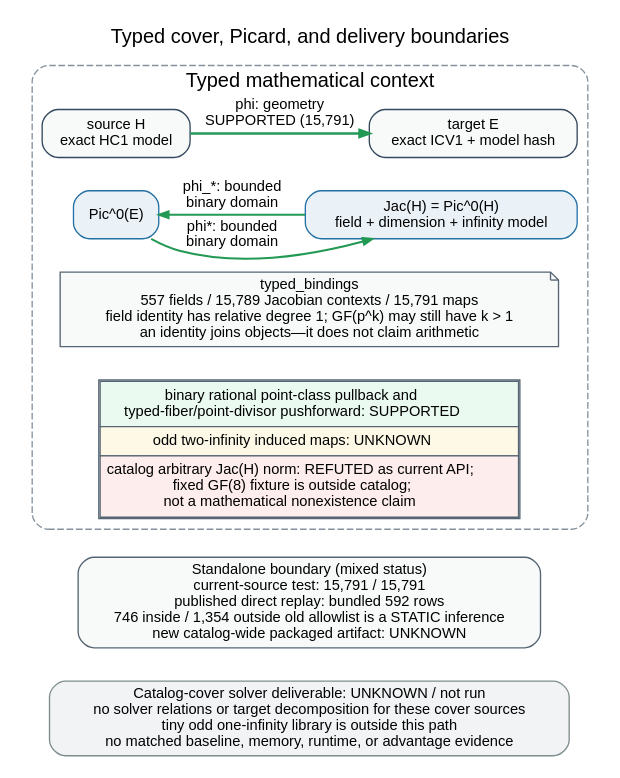
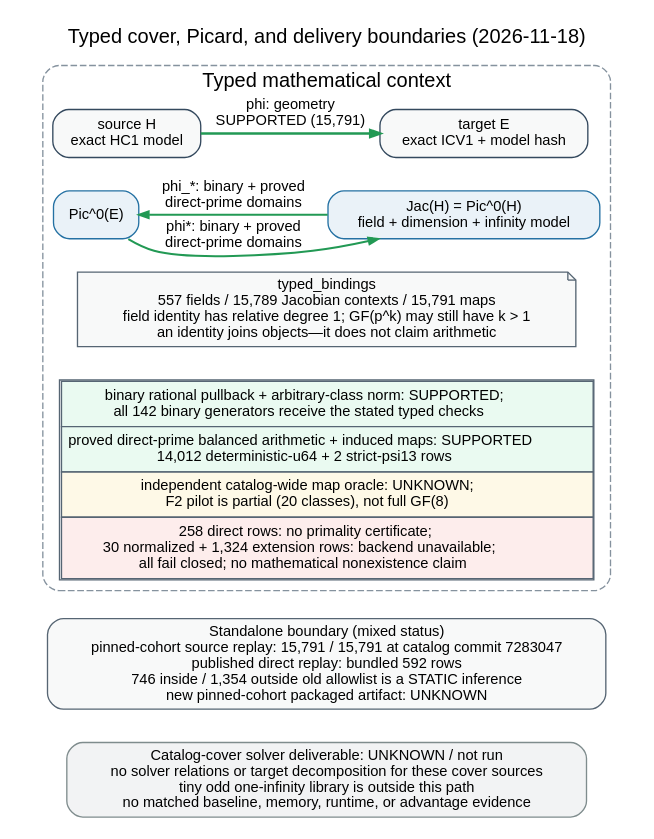
The diagram in research/cover_transfer_assessment_20261013/typed_transfer_context.dot (isogeny-labs/crypto), drawn with Graphviz before and after one commit. The commit also changed 25 other files, not shown here.

```diff
--- a/research/cover_transfer_assessment_20261013/typed_transfer_context.dot
+++ b/research/cover_transfer_assessment_20261013/typed_transfer_context.dot
@@ -1,69 +1,70 @@
 digraph typed_transfer_context {
   graph [
     rankdir=TB,
     bgcolor="white",
     pad="0.12",
     nodesep="0.25",
     ranksep="0.34",
     fontname="Helvetica",
     fontsize=15,
     newrank=true,
     labelloc="t",
-    label="Typed cover, Picard, and delivery boundaries"
+    label="Typed cover, Picard, and delivery boundaries (2026-11-18)"
   ];
   node [shape=box, style="rounded,filled", fillcolor="white", color="#34495e", fontname="Helvetica", fontsize=11];
   edge [fontname="Helvetica", fontsize=11, color="#34495e", arrowsize=0.72];
 
   subgraph cluster_context {
     label="Typed mathematical context";
     color="#85929e";
     style="rounded,dashed";
 
     source_h [label="source H\nexact HC1 model", fillcolor="#f8f9f9"];
     target_e [label="target E\nexact ICV1 + model hash", fillcolor="#f8f9f9"];
     pic_e [label="Pic^0(E)", fillcolor="#eaf2f8", color="#2471a3"];
     jac_h [label="Jac(H) = Pic^0(H)\nfield + dimension + infinity model", fillcolor="#eaf2f8", color="#2471a3"];
 
     binding_note [
       label="typed_bindings\n557 fields / 15,789 Jacobian contexts / 15,791 maps\nfield identity has relative degree 1; GF(p^k) may still have k > 1\nan identity joins objects—it does not claim arithmetic",
       shape=note,
       fillcolor="#f8f9f9",
       color="#566573"
     ];
     transfer_limits [
       shape=plain,
       label=<
         <TABLE BORDER="1" CELLBORDER="1" CELLSPACING="0" CELLPADDING="4" COLOR="#566573">
-          <TR><TD BGCOLOR="#eafaf1">binary rational point-class pullback and<BR/>typed-fiber/point-divisor pushforward: SUPPORTED</TD></TR>
-          <TR><TD BGCOLOR="#fef9e7">odd two-infinity induced maps: UNKNOWN</TD></TR>
-          <TR><TD BGCOLOR="#fdedec">catalog arbitrary Jac(H) norm: REFUTED as current API;<BR/>fixed GF(8) fixture is outside catalog;<BR/>not a mathematical nonexistence claim</TD></TR>
+          <TR><TD BGCOLOR="#eafaf1">binary rational pullback + arbitrary-class norm: SUPPORTED;<BR/>all 142 binary generators receive the stated typed checks</TD></TR>
+          <TR><TD BGCOLOR="#eafaf1">proved direct-prime balanced arithmetic + induced maps: SUPPORTED<BR/>14,012 deterministic-u64 + 2 strict-psi13 rows</TD></TR>
+          <TR><TD BGCOLOR="#fef9e7">independent catalog-wide map oracle: UNKNOWN;<BR/>F2 pilot is partial (20 classes), not full GF(8)</TD></TR>
+          <TR><TD BGCOLOR="#fdedec">258 direct rows: no primality certificate;<BR/>30 normalized + 1,324 extension rows: backend unavailable;<BR/>all fail closed; no mathematical nonexistence claim</TD></TR>
         </TABLE>
       >
     ];
 
     { rank=same; source_h; target_e; }
     { rank=same; pic_e; jac_h; }
     source_h -> target_e [label="phi: geometry\nSUPPORTED (15,791)", color="#229954", penwidth=2];
-    pic_e -> jac_h [label="phi*: bounded\nbinary domain", color="#229954", penwidth=1.5];
-    jac_h -> pic_e [label="phi_*: bounded\nbinary domain", color="#229954", penwidth=1.5, constraint=false];
+    pic_e -> jac_h [label="phi*: binary + proved\ndirect-prime domains", color="#229954", penwidth=1.5];
+    jac_h -> pic_e [label="phi_*: binary + proved\ndirect-prime domains", color="#229954", penwidth=1.5, constraint=false];
     source_h -> pic_e [style="invis", weight=50];
     target_e -> jac_h [style="invis", weight=50];
     pic_e -> binding_note [style="invis", weight=40];
     jac_h -> binding_note [style="invis", weight=40];
     binding_note -> transfer_limits [style="invis", weight=40];
   }
 
   package [
-    label="Standalone boundary (mixed status)\ncurrent-source test: 15,791 / 15,791\npublished direct replay: bundled 592 rows\n746 inside / 1,354 outside old allowlist is a STATIC inference\nnew catalog-wide packaged artifact: UNKNOWN",
+    label="Standalone boundary (mixed status)\npinned-cohort source replay: 15,791 / 15,791 at catalog commit 7283047\npublished direct replay: bundled 592 rows\n746 inside / 1,354 outside old allowlist is a STATIC inference\nnew pinned-cohort packaged artifact: UNKNOWN",
     fillcolor="#f8f9f9",
     color="#566573"
   ];
   solver [
     label="Catalog-cover solver deliverable: UNKNOWN / not run\nno solver relations or target decomposition for these cover sources\ntiny odd one-infinity library is outside this path\nno matched baseline, memory, runtime, or advantage evidence",
     fillcolor="#f2f3f4",
     color="#7f8c8d"
   ];
 
   transfer_limits -> package [style="invis", weight=80];
   package -> solver [style="invis", weight=80];
 }
```
